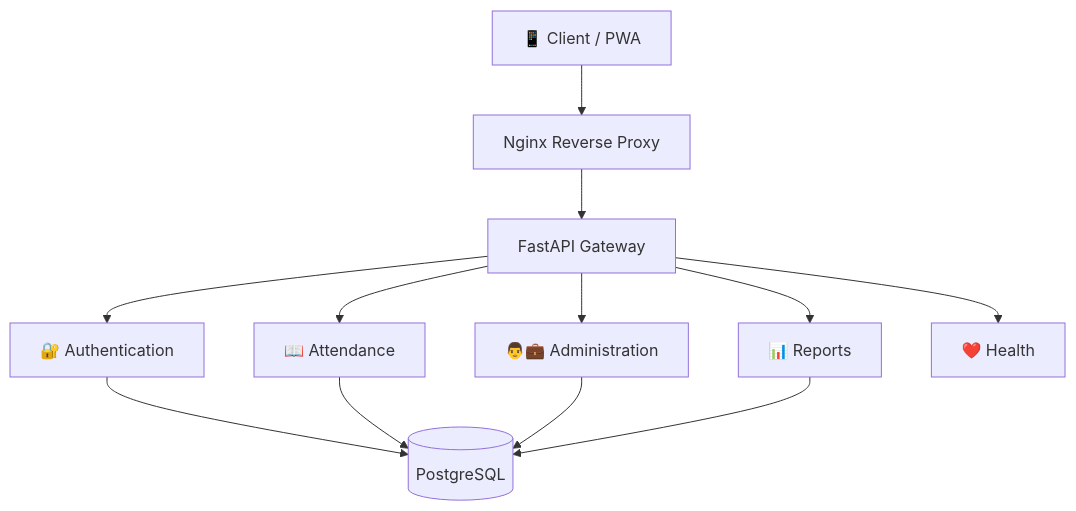
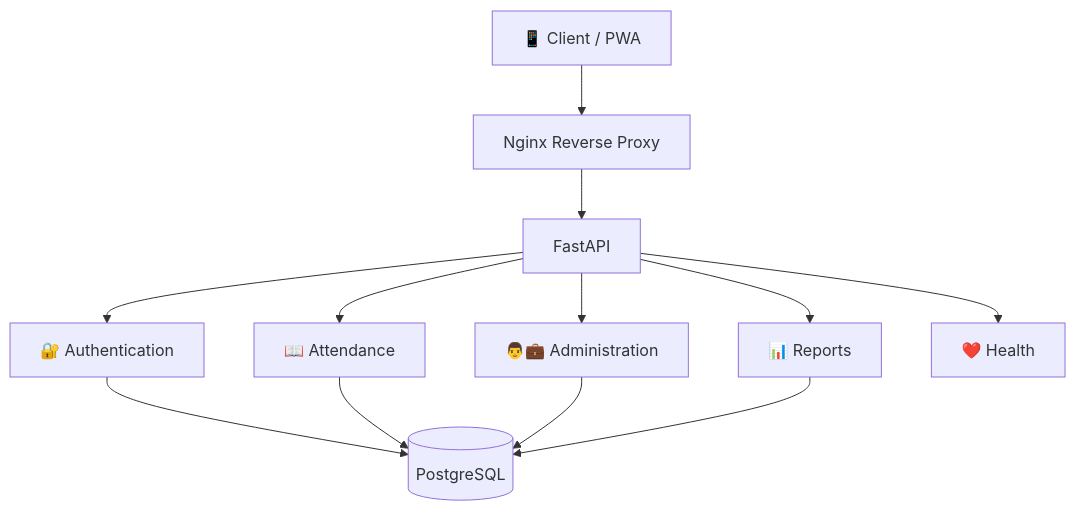
Diagram 12 of 16 in README.md (Saralfury/knmiet-connect), drawn with Mermaid before and after one commit. The commit also changed other lines of this file, not shown here.

````diff
--- a/README.md
+++ b/README.md
@@ -495,26 +1665,37 @@
 ```mermaid
 flowchart TD
 
 Client[📱 Client / PWA]
-Nginx[Nginx Reverse Proxy]
-FastAPI[FastAPI Gateway]
-Auth["🔐 Authentication"]
-Attendance["📖 Attendance"]
-Admin["👨💼 Administration"]
-Reports["📊 Reports"]
-Health["❤️ Health"]
-DB[(PostgreSQL)]
 
-Client --> Nginx
-Nginx --> FastAPI
-FastAPI --> Auth
-FastAPI --> Attendance
-FastAPI --> Admin
-FastAPI --> Reports
-FastAPI --> Health
+-->Nginx[Nginx Reverse Proxy]
 
-Auth --> DB
-Attendance --> DB
-Admin --> DB
-Reports --> DB
+-->FastAPI
+
+FastAPI
+
+-->Auth["🔐 Authentication"]
+
+FastAPI
+
+-->Attendance["📖 Attendance"]
+
+FastAPI
+
+-->Admin["👨💼 Administration"]
+
+FastAPI
+
+-->Reports["📊 Reports"]
+
+FastAPI
+
+-->Health["❤️ Health"]
+
+Auth --> PostgreSQL[(PostgreSQL)]
+
+Attendance --> PostgreSQL
+
+Admin --> PostgreSQL
+
+Reports --> PostgreSQL
 ```
````
